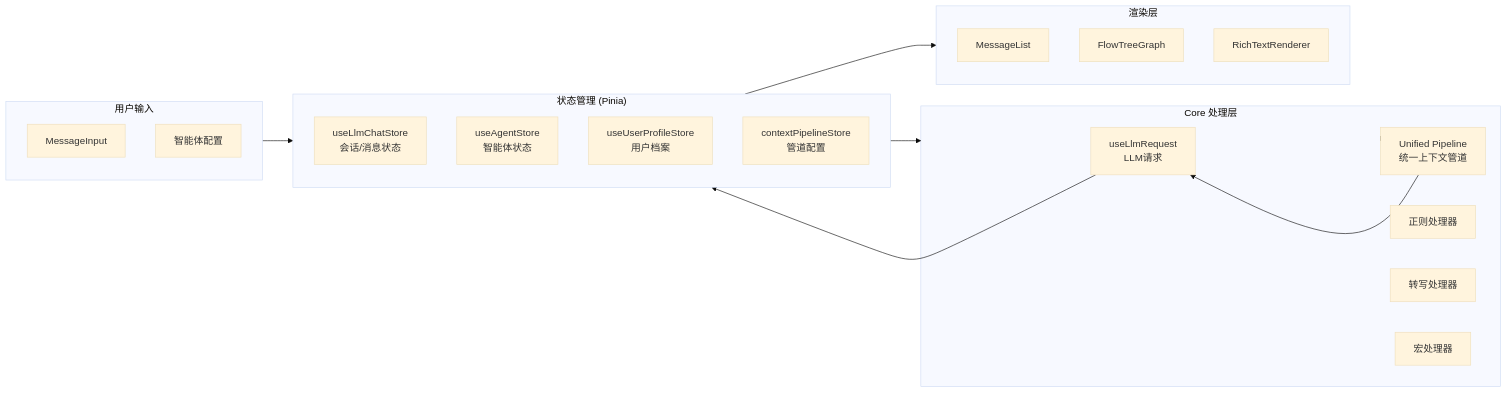
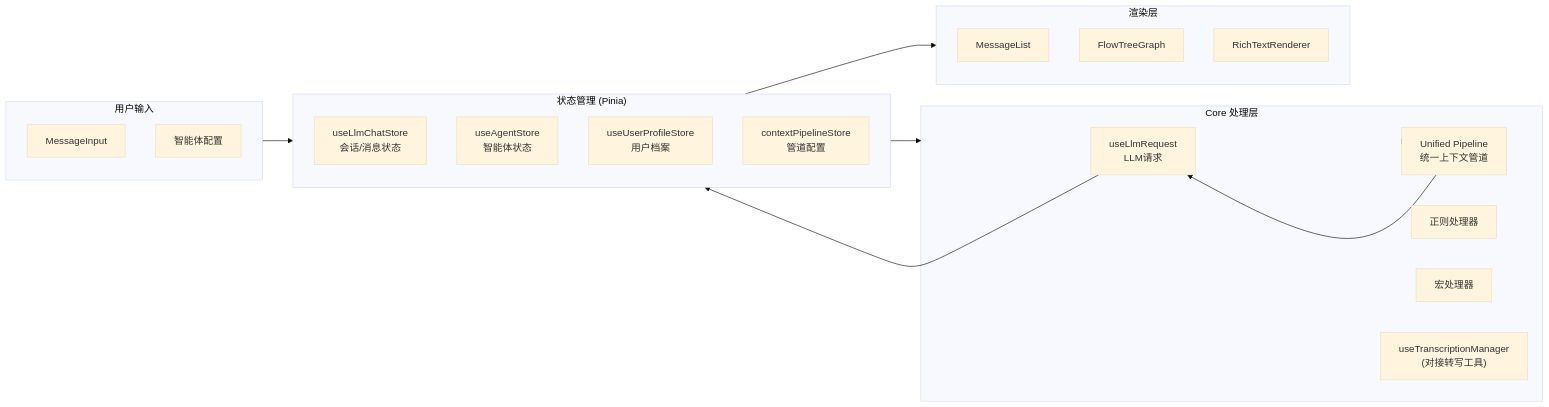
One commit to miaotouy/aio-hub changed the second of 13 diagrams in docs/architecture/llm-chat-ui-structure.md. Above: the diagram before and after it, drawn with Mermaid (base theme). The commit also changed other lines of this file and 5 other files, not shown here.

First line of the commit message:
docs(architecture): 同步并更新系统架构与组件设计文档

````diff
--- a/docs/architecture/llm-chat-ui-structure.md
+++ b/docs/architecture/llm-chat-ui-structure.md
@@ -201,35 +244,35 @@
 ```mermaid
 flowchart LR
     subgraph UserInput["用户输入"]
         MessageInput2["MessageInput"]
         AgentConfig["智能体配置"]
     end
 
     subgraph StateManagement["状态管理 (Pinia)"]
         LlmChatStore["useLlmChatStore<br/>会话/消息状态"]
         AgentStore["useAgentStore<br/>智能体状态"]
         UserProfileStore["useUserProfileStore<br/>用户档案"]
         ContextPipelineStore["contextPipelineStore<br/>管道配置"]
     end
 
     subgraph Processing["Core 处理层"]
         LlmRequest["useLlmRequest<br/>LLM请求"]
         UnifiedPipeline["Unified Pipeline<br/>统一上下文管道"]
         RegexProcessor["正则处理器"]
-        TranscriptionProcessor["转写处理器"]
         MacroProcessor["宏处理器"]
+        TranscriptionManager["useTranscriptionManager<br/>(对接转写工具)"]
     end
 
     subgraph Rendering["渲染层"]
         MessageList2["MessageList"]
         FlowTreeGraph2["FlowTreeGraph"]
         RichTextRenderer2["RichTextRenderer"]
     end
 
     UserInput --> StateManagement
     StateManagement --> Processing
     Processing --> UnifiedPipeline
     UnifiedPipeline --> LlmRequest
     LlmRequest --> StateManagement
     StateManagement --> Rendering
 ```
````
